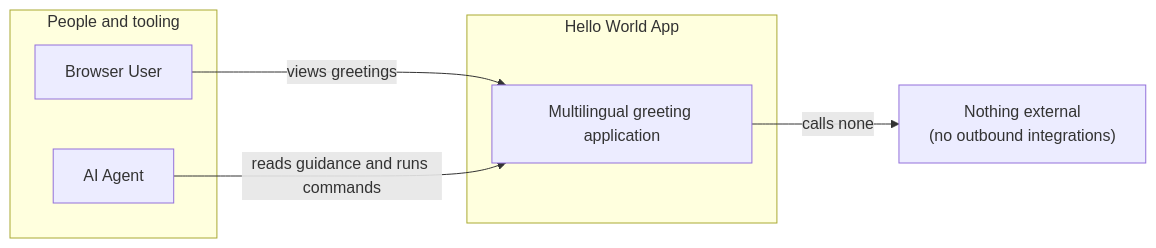
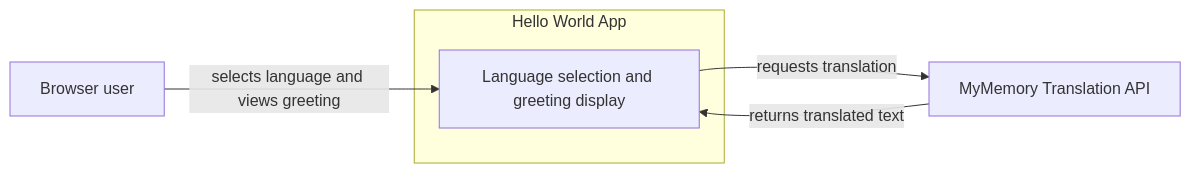
Before and after one commit to tcamise-gpsw/ai-golden-repo: the diagram in docs/architecture/01-system-context.md, drawn with Mermaid. The commit also changed other lines of this file and 6 other files, not shown here.

First line of the commit message:
docs: document external translation architecture

````diff
--- a/docs/architecture/01-system-context.md
+++ b/docs/architecture/01-system-context.md
@@ -27,17 +13,13 @@
 ```mermaid
 flowchart LR
-    subgraph Actors["People and tooling"]
-        BrowserUser["Browser User"]
-        AIAgent["AI Agent"]
+    User["Browser user"]
+    MyMemory["MyMemory Translation API"]
+
+    subgraph System["Hello World App"]
+        App["Language selection and greeting display"]
     end
 
-    subgraph System["Hello World App"]
-        App["Multilingual greeting application"]
-    end
-
-    NoExternal["Nothing external\n(no outbound integrations)"]
-
-    BrowserUser -->|views greetings| App
-    AIAgent -->|reads guidance and runs commands| App
-    App -->|calls none| NoExternal
+    User -->|selects language and views greeting| App
+    App -->|requests translation| MyMemory
+    MyMemory -->|returns translated text| App
 ```
````
